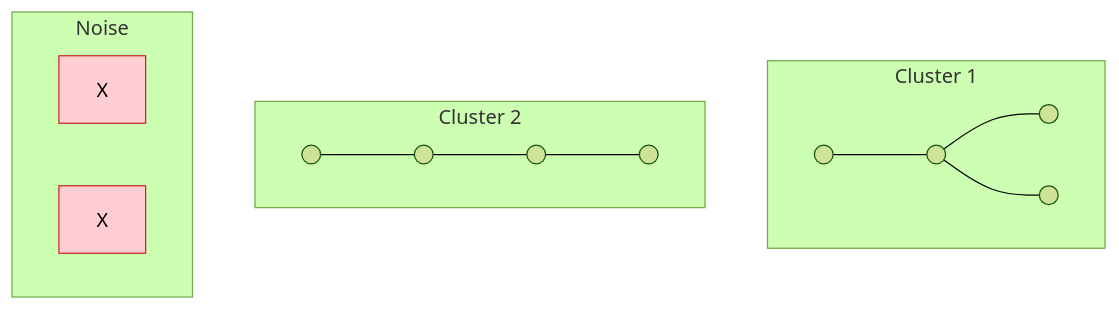
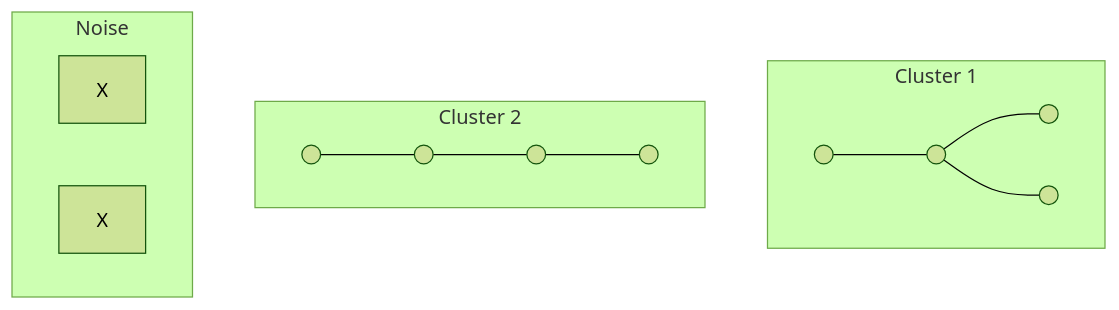
The sixth of 7 diagrams in bab-07-clustering.md (antonprafanto/dasarAI2026), drawn with Mermaid (forest theme) before and after one commit. The commit also changed other lines of this file and 4 other files, not shown here.

Commit message:
Fix: Remove classDef styling and fix KNN diagram labels

````diff
--- a/bab-07-clustering.md
+++ b/bab-07-clustering.md
@@ -394,19 +387,17 @@
 ```mermaid
 graph TD
     subgraph Cluster1 [Cluster 1]
         A1(( )) --- A2(( )) --- A3(( ))
         A2 --- A4(( ))
     end
 
     subgraph Cluster2 [Cluster 2]
         B1(( )) --- B2(( ))
         B2 --- B3(( )) --- B4(( ))
     end
 
     subgraph Outliers [Noise]
         N1[X]:::noise
         N2[X]:::noise
     end
-
-    classDef noise fill:#ffcdd2,stroke:#c62828;
 ```
````
